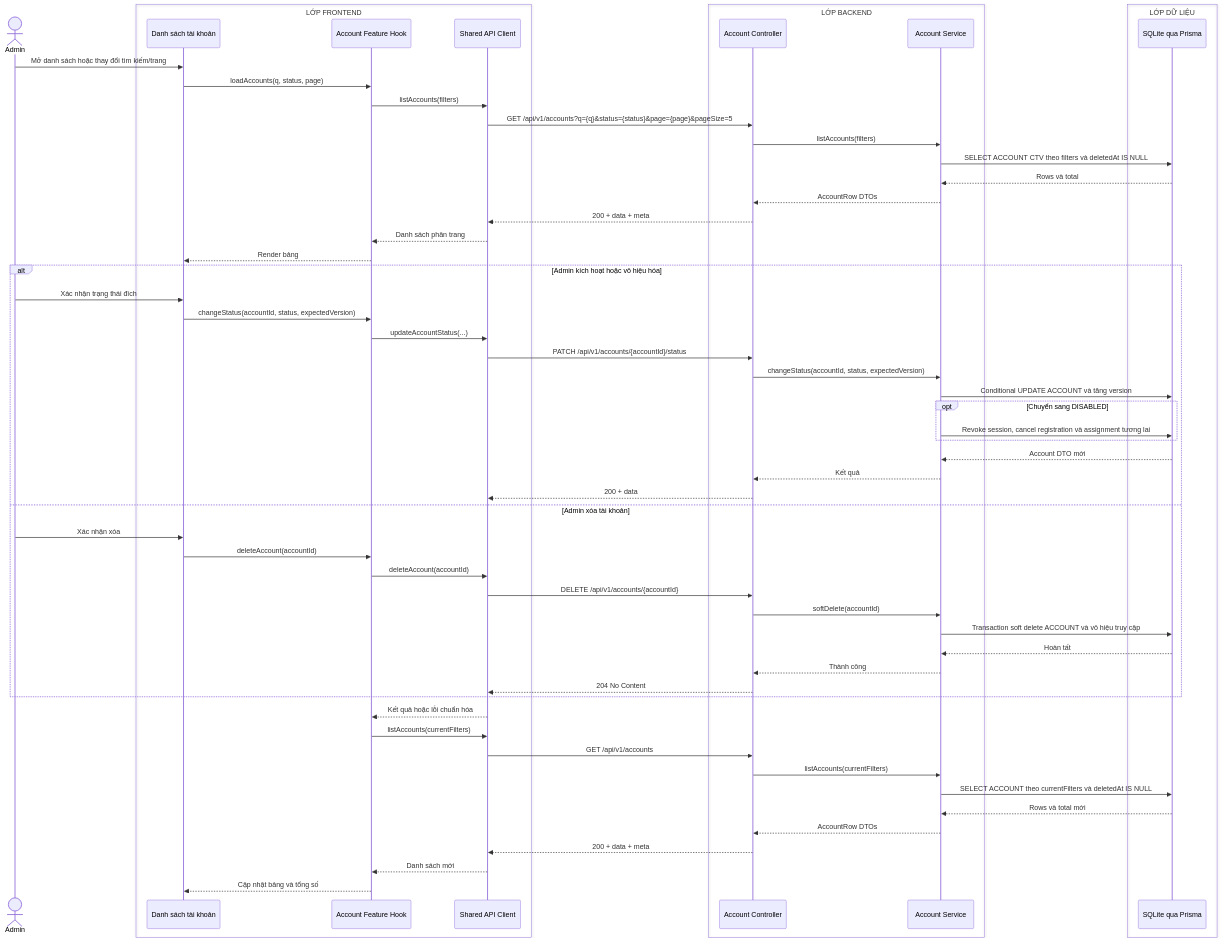
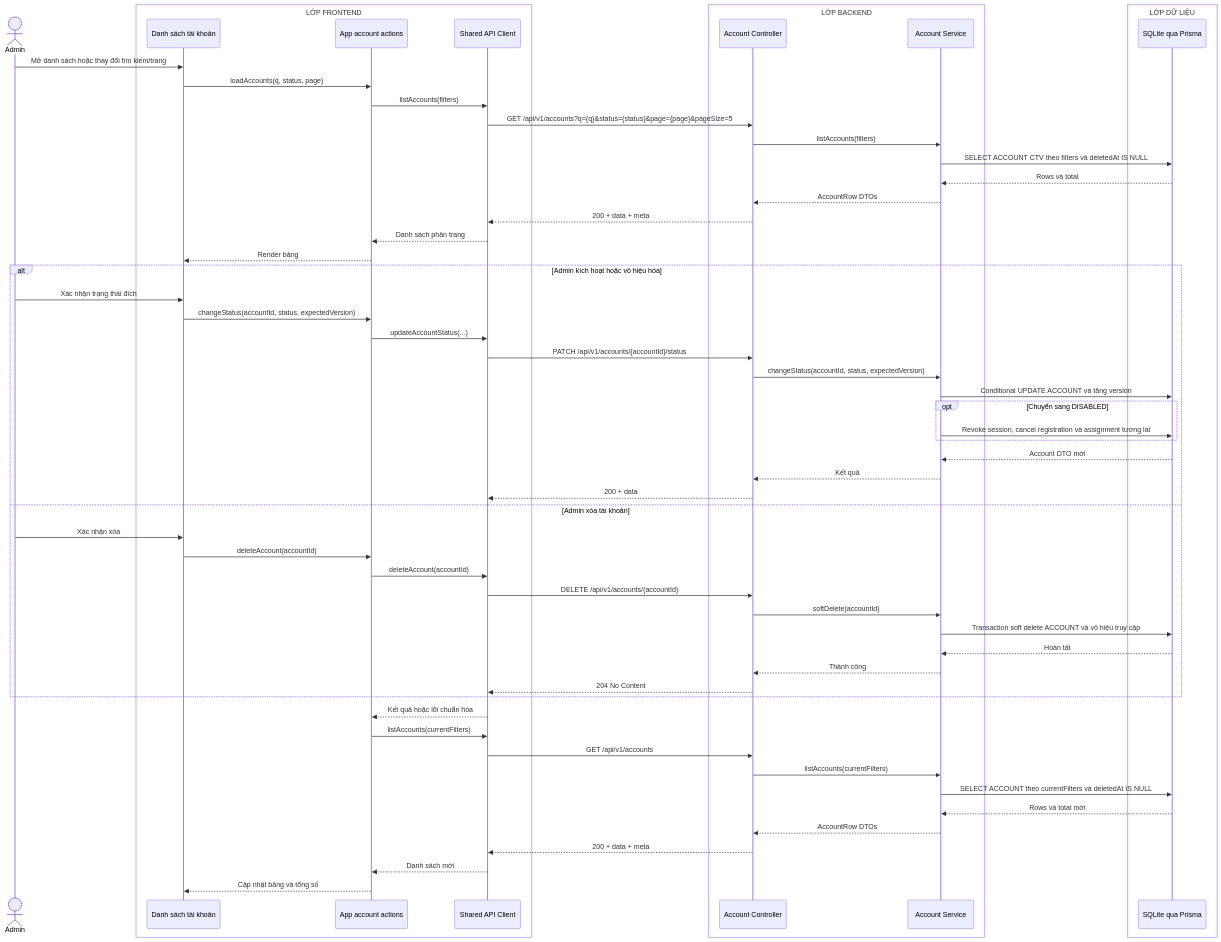
Before and after one commit to MINHDZVODICH/ctv-manage: the diagram in docs/sequence-diagrams/09-quan-ly-tai-khoan.md, drawn with Mermaid. The commit also changed 43 other files, not shown here.

````diff
--- a/docs/sequence-diagrams/09-quan-ly-tai-khoan.md
+++ b/docs/sequence-diagrams/09-quan-ly-tai-khoan.md
@@ -5,64 +5,64 @@
 ```mermaid
 sequenceDiagram
     actor A as Admin
     box LỚP FRONTEND
         participant UI as Danh sách tài khoản
-        participant H as Account Feature Hook
+        participant H as App account actions
         participant API as Shared API Client
     end
     box LỚP BACKEND
         participant C as Account Controller
         participant S as Account Service
     end
     box LỚP DỮ LIỆU
         participant DB as SQLite qua Prisma
     end
 
     A->>UI: Mở danh sách hoặc thay đổi tìm kiếm/trang
     UI->>H: loadAccounts(q, status, page)
     H->>API: listAccounts(filters)
     API->>C: GET /api/v1/accounts?q={q}&status={status}&page={page}&pageSize=5
     C->>S: listAccounts(filters)
     S->>DB: SELECT ACCOUNT CTV theo filters và deletedAt IS NULL
     DB-->>S: Rows và total
     S-->>C: AccountRow DTOs
     C-->>API: 200 + data + meta
     API-->>H: Danh sách phân trang
     H-->>UI: Render bảng
 
     alt Admin kích hoạt hoặc vô hiệu hóa
         A->>UI: Xác nhận trạng thái đích
         UI->>H: changeStatus(accountId, status, expectedVersion)
         H->>API: updateAccountStatus(...)
         API->>C: PATCH /api/v1/accounts/{accountId}/status
         C->>S: changeStatus(accountId, status, expectedVersion)
         S->>DB: Conditional UPDATE ACCOUNT và tăng version
         opt Chuyển sang DISABLED
             S->>DB: Revoke session, cancel registration và assignment tương lai
         end
         DB-->>S: Account DTO mới
         S-->>C: Kết quả
         C-->>API: 200 + data
     else Admin xóa tài khoản
         A->>UI: Xác nhận xóa
         UI->>H: deleteAccount(accountId)
         H->>API: deleteAccount(accountId)
         API->>C: DELETE /api/v1/accounts/{accountId}
         C->>S: softDelete(accountId)
         S->>DB: Transaction soft delete ACCOUNT và vô hiệu truy cập
         DB-->>S: Hoàn tất
         S-->>C: Thành công
         C-->>API: 204 No Content
     end
 
     API-->>H: Kết quả hoặc lỗi chuẩn hóa
     H->>API: listAccounts(currentFilters)
     API->>C: GET /api/v1/accounts
     C->>S: listAccounts(currentFilters)
     S->>DB: SELECT ACCOUNT theo currentFilters và deletedAt IS NULL
     DB-->>S: Rows và total mới
     S-->>C: AccountRow DTOs
     C-->>API: 200 + data + meta
     API-->>H: Danh sách mới
     H-->>UI: Cập nhật bảng và tổng số
 ```
````
